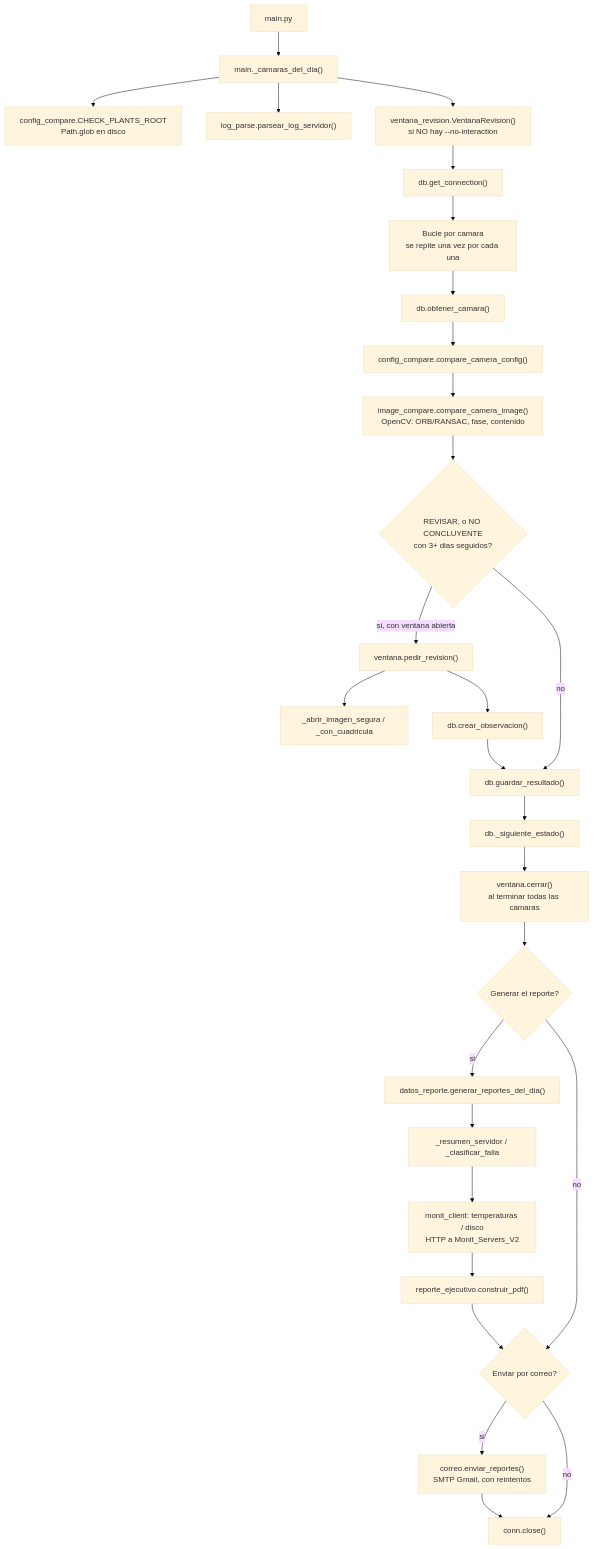
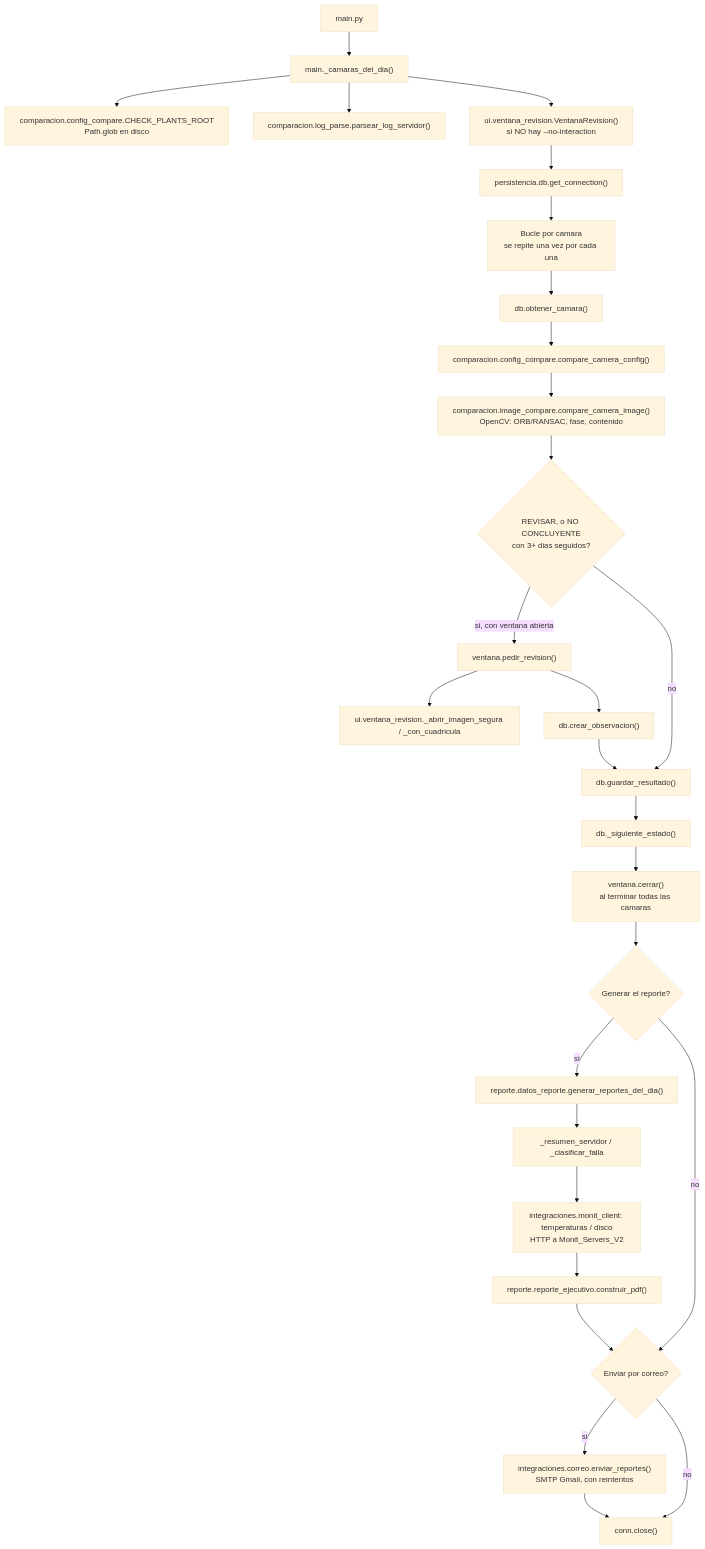
One commit to imedina27/plant_report changed the first of 2 diagrams in diagramas/01-flujo-main.md. Above: the diagram before and after it, drawn with Mermaid (base theme). The commit also changed other lines of this file and 2 other files, not shown here.

First line of the commit message:
Documenta a fondo comparacion/image_compare.py y corrige su sintaxis Mermaid

````diff
--- a/diagramas/01-flujo-main.md
+++ b/diagramas/01-flujo-main.md
@@ -87,30 +92,30 @@
 ```mermaid
 flowchart TD
     A["main.py"] --> B["main._camaras_del_dia()"]
-    B --> B1["config_compare.CHECK_PLANTS_ROOT<br/>Path.glob en disco"]
-    B --> B2["log_parse.parsear_log_servidor()"]
-    B --> C["ventana_revision.VentanaRevision()<br/>si NO hay --no-interaction"]
-    C --> D["db.get_connection()"]
+    B --> B1["comparacion.config_compare.CHECK_PLANTS_ROOT<br/>Path.glob en disco"]
+    B --> B2["comparacion.log_parse.parsear_log_servidor()"]
+    B --> C["ui.ventana_revision.VentanaRevision()<br/>si NO hay --no-interaction"]
+    C --> D["persistencia.db.get_connection()"]
     D --> E["Bucle por camara<br/>se repite una vez por cada una"]
     E --> E1["db.obtener_camara()"]
-    E1 --> E2["config_compare.compare_camera_config()"]
-    E2 --> E3["image_compare.compare_camera_image()<br/>OpenCV: ORB/RANSAC, fase, contenido"]
+    E1 --> E2["comparacion.config_compare.compare_camera_config()"]
+    E2 --> E3["comparacion.image_compare.compare_camera_image()<br/>OpenCV: ORB/RANSAC, fase, contenido"]
     E3 --> F{"REVISAR, o NO CONCLUYENTE<br/>con 3+ dias seguidos?"}
     F -- si, con ventana abierta --> G["ventana.pedir_revision()"]
-    G --> G1["_abrir_imagen_segura / _con_cuadricula"]
+    G --> G1["ui.ventana_revision._abrir_imagen_segura / _con_cuadricula"]
     G --> G2["db.crear_observacion()"]
     G2 --> H["db.guardar_resultado()"]
     F -- no --> H
     H --> H1["db._siguiente_estado()"]
     H1 --> I["ventana.cerrar()<br/>al terminar todas las camaras"]
     I --> J{"Generar el reporte?"}
-    J -- si --> K["datos_reporte.generar_reportes_del_dia()"]
+    J -- si --> K["reporte.datos_reporte.generar_reportes_del_dia()"]
     K --> K1["_resumen_servidor / _clasificar_falla"]
-    K1 --> K2["monit_client: temperaturas / disco<br/>HTTP a Monit_Servers_V2"]
-    K2 --> L["reporte_ejecutivo.construir_pdf()"]
+    K1 --> K2["integraciones.monit_client: temperaturas / disco<br/>HTTP a Monit_Servers_V2"]
+    K2 --> L["reporte.reporte_ejecutivo.construir_pdf()"]
     L --> M{"Enviar por correo?"}
     J -- no --> M
-    M -- si --> N["correo.enviar_reportes()<br/>SMTP Gmail, con reintentos"]
+    M -- si --> N["integraciones.correo.enviar_reportes()<br/>SMTP Gmail, con reintentos"]
     N --> O["conn.close()"]
     M -- no --> O
 ```
````
